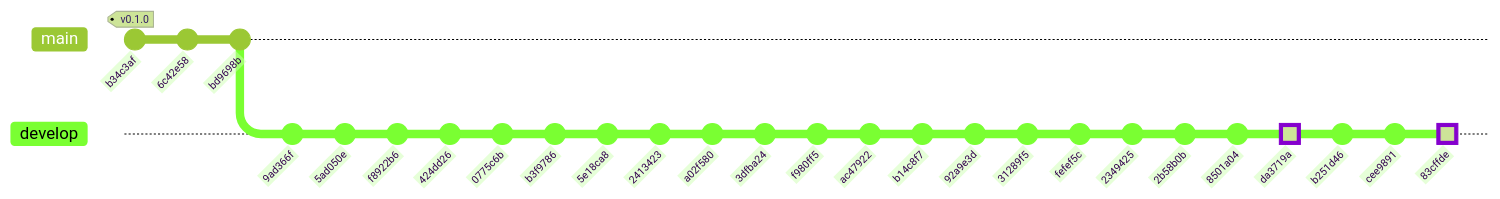
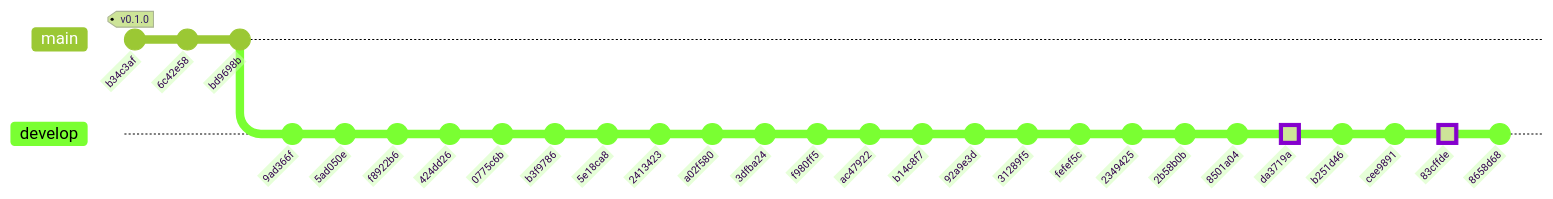
The diagram in docs/03-implementation/repo-history.md (jeremialcala/ves-market-watch), drawn with Mermaid (forest theme) before and after one commit. The commit also changed other lines of this file and 1 other file, not shown here.

First line of the commit message:
docs: Close feat-ai-dlc branch, regenerate repo-history for main+develop

````diff
--- a/docs/03-implementation/repo-history.md
+++ b/docs/03-implementation/repo-history.md
@@ -11,31 +11,31 @@
 ```mermaid
 gitGraph
     commit id: "b34c3af" tag: "v0.1.0"
     commit id: "6c42e58"
     commit id: "bd9698b"
     branch develop
     commit id: "9ad366f"
     commit id: "5ad050e"
     commit id: "f8922b6"
     commit id: "424dd26"
     commit id: "0775c6b"
     commit id: "b3f9786"
     commit id: "5e18ca8"
     commit id: "2413423"
     commit id: "a02f580"
     commit id: "3dfba24"
     commit id: "f980ff5"
     commit id: "ac47922"
     commit id: "b14c8f7"
     commit id: "92a9e3d"
     commit id: "31289f5"
     commit id: "fefef5c"
     commit id: "2349425"
     commit id: "2b58b0b"
     commit id: "8501a04"
     commit id: "da3719a" type: HIGHLIGHT
     commit id: "b251d46"
     commit id: "cee9891"
     commit id: "83cffde" type: HIGHLIGHT
-    %% rama feat-ai-dlc: sin commits propios o fork fuera del mapa
+    commit id: "8658d68"
 ```
````
